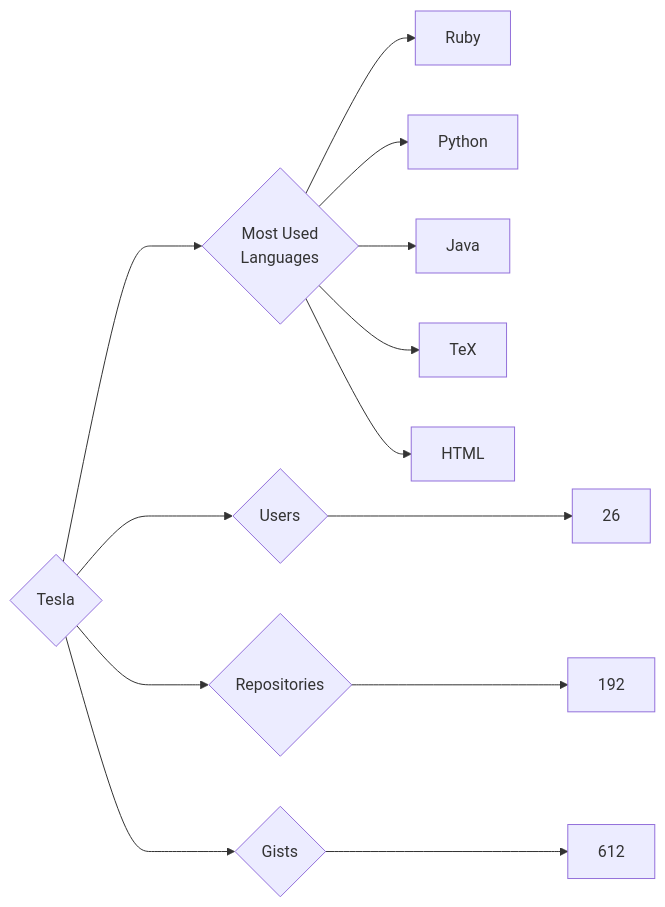
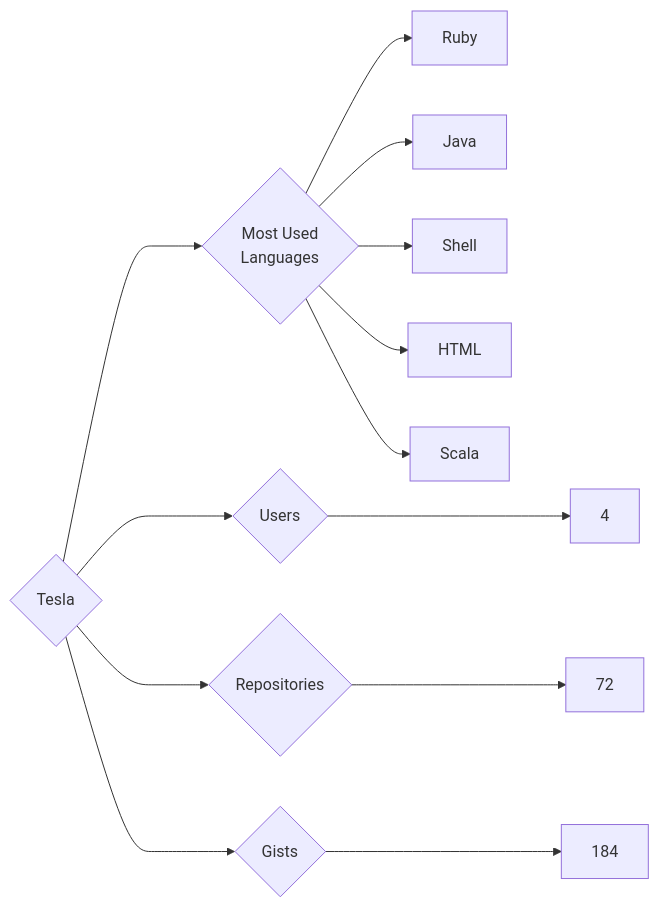
The diagram in targets/Tesla/README.md (trickest/insiders), drawn with Mermaid before and after one commit. The commit also changed 886 other files, not shown here.

````diff
--- a/targets/Tesla/README.md
+++ b/targets/Tesla/README.md
@@ -3,13 +3,13 @@
 ```mermaid
 graph LR
 COMPANY_NAME{Tesla}
-COMPANY_NAME ---> U{Users} ---> UN[26]
-COMPANY_NAME ---> R{Repositories} ---> RN[192]
-COMPANY_NAME ---> G{Gists} ---> GN[612]
+COMPANY_NAME ---> U{Users} ---> UN[4]
+COMPANY_NAME ---> R{Repositories} ---> RN[72]
+COMPANY_NAME ---> G{Gists} ---> GN[184]
 COMPANY_NAME ---> ML{Most Used<br>Languages}
 ML --> Ruby[Ruby]
-ML --> Python[Python]
 ML --> Java[Java]
-ML --> TeX[TeX]
+ML --> Shell[Shell]
 ML --> HTML[HTML]
+ML --> Scala[Scala]
 ```
````
